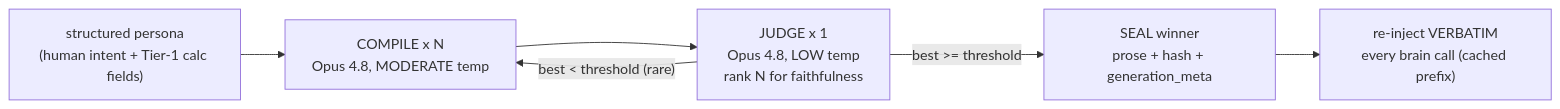
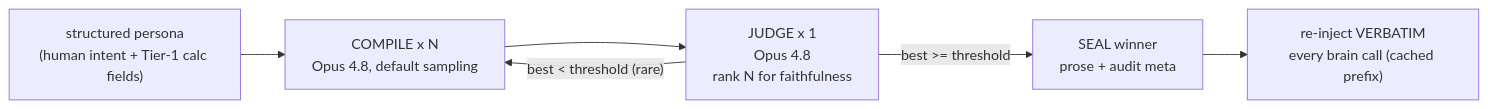
The diagram in docs/persona-compile.md (gen0cide/westworld), drawn with Mermaid before and after one commit. The commit also changed other lines of this file and 15 other files, not shown here.

````diff
--- a/docs/persona-compile.md
+++ b/docs/persona-compile.md
@@ -56,8 +88,8 @@
 ```mermaid
 flowchart LR
-  P["structured persona<br/>(human intent + Tier-1 calc fields)"] --> C["COMPILE x N<br/>Opus 4.8, MODERATE temp"]
-  C --> J["JUDGE x 1<br/>Opus 4.8, LOW temp<br/>rank N for faithfulness"]
-  J -->|"best >= threshold"| S["SEAL winner<br/>prose + hash + generation_meta"]
+  P["structured persona<br/>(human intent + Tier-1 calc fields)"] --> C["COMPILE x N<br/>Opus 4.8, default sampling"]
+  C --> J["JUDGE x 1<br/>Opus 4.8<br/>rank N for faithfulness"]
+  J -->|"best >= threshold"| S["SEAL winner<br/>prose + audit meta"]
   J -->|"best < threshold (rare)"| C
   S --> R["re-inject VERBATIM<br/>every brain call (cached prefix)"]
 ```
````
